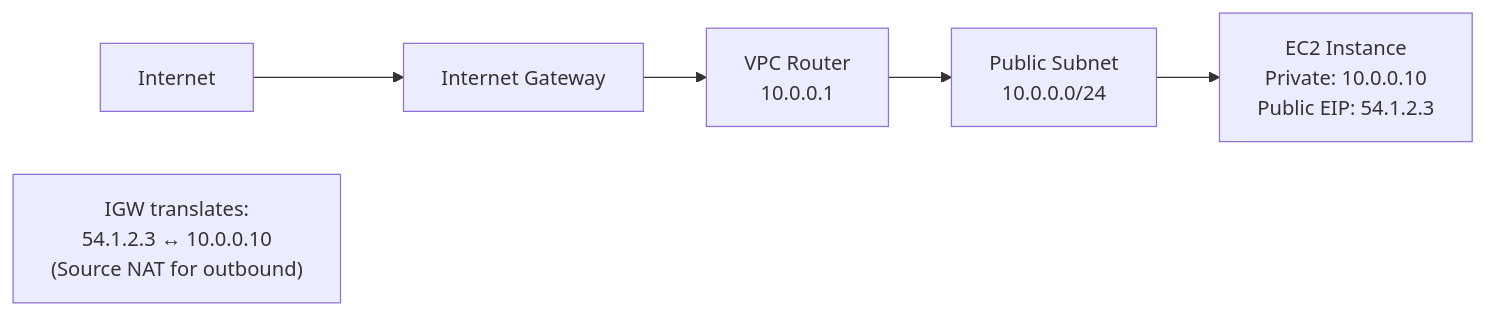
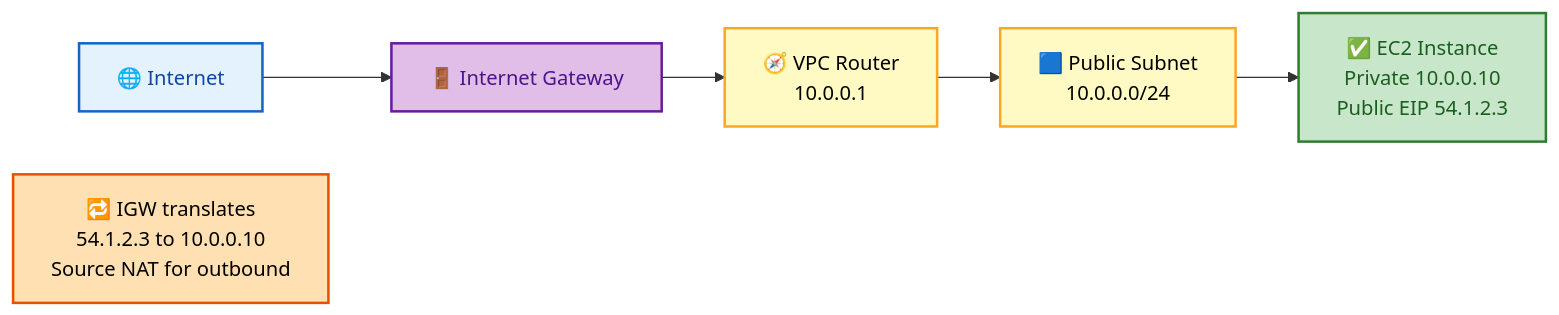
Before and after one commit to rakesh-budde/devops-guide: the fifth of 13 diagrams in aws/03-NETWORKING.md, drawn with Mermaid. The commit also changed other lines of this file and 73 other files, not shown here.

````diff
--- a/aws/03-NETWORKING.md
+++ b/aws/03-NETWORKING.md
@@ -268,9 +399,19 @@
 ```mermaid
 graph LR
-    Internet --> IGW[Internet Gateway]
-    IGW --> Router[VPC Router<br/>10.0.0.1]
-    Router --> Public[Public Subnet<br/>10.0.0.0/24]
-    Public --> EC2[EC2 Instance<br/>Private: 10.0.0.10<br/>Public EIP: 54.1.2.3]
-    
-    Note["IGW translates:\n54.1.2.3 ↔ 10.0.0.10\n(Source NAT for outbound)"]
+    Internet["🌐 Internet"] --> IGW["🚪 Internet Gateway"]
+    IGW --> Router["🧭 VPC Router<br/>10.0.0.1"]
+    Router --> Public["🟦 Public Subnet<br/>10.0.0.0/24"]
+    Public --> EC2["✅ EC2 Instance<br/>Private 10.0.0.10<br/>Public EIP 54.1.2.3"]
+    Note["🔁 IGW translates<br/>54.1.2.3 to 10.0.0.10<br/>Source NAT for outbound"]
+    class Internet start
+    class IGW ctrl
+    class Router,Public proc
+    class EC2 good
+    class Note store
+    classDef start fill:#e3f2fd,stroke:#1565c0,color:#0d47a1,stroke-width:2px;
+    classDef proc fill:#fff9c4,stroke:#f9a825,color:#000,stroke-width:2px;
+    classDef good fill:#c8e6c9,stroke:#2e7d32,color:#1b5e20,stroke-width:2px;
+    classDef bad fill:#ffcdd2,stroke:#c62828,color:#b71c1c,stroke-width:2px;
+    classDef ctrl fill:#e1bee7,stroke:#6a1b9a,color:#4a148c,stroke-width:2px;
+    classDef store fill:#ffe0b2,stroke:#e65100,color:#000,stroke-width:2px;
 ```
````
